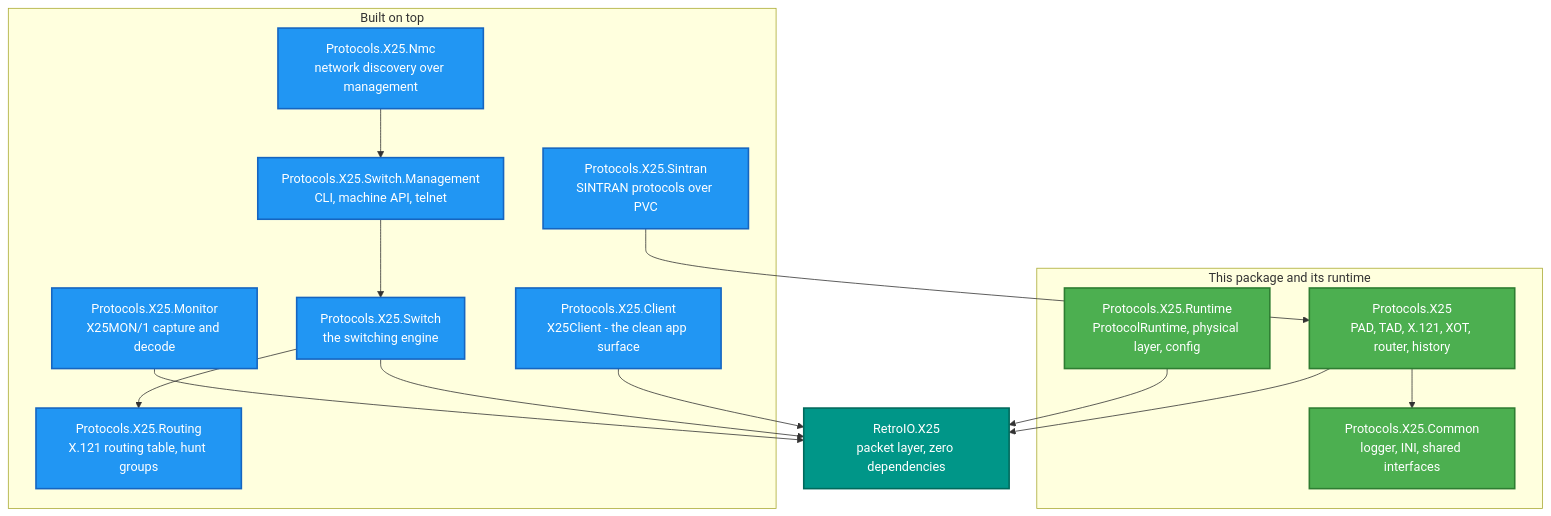
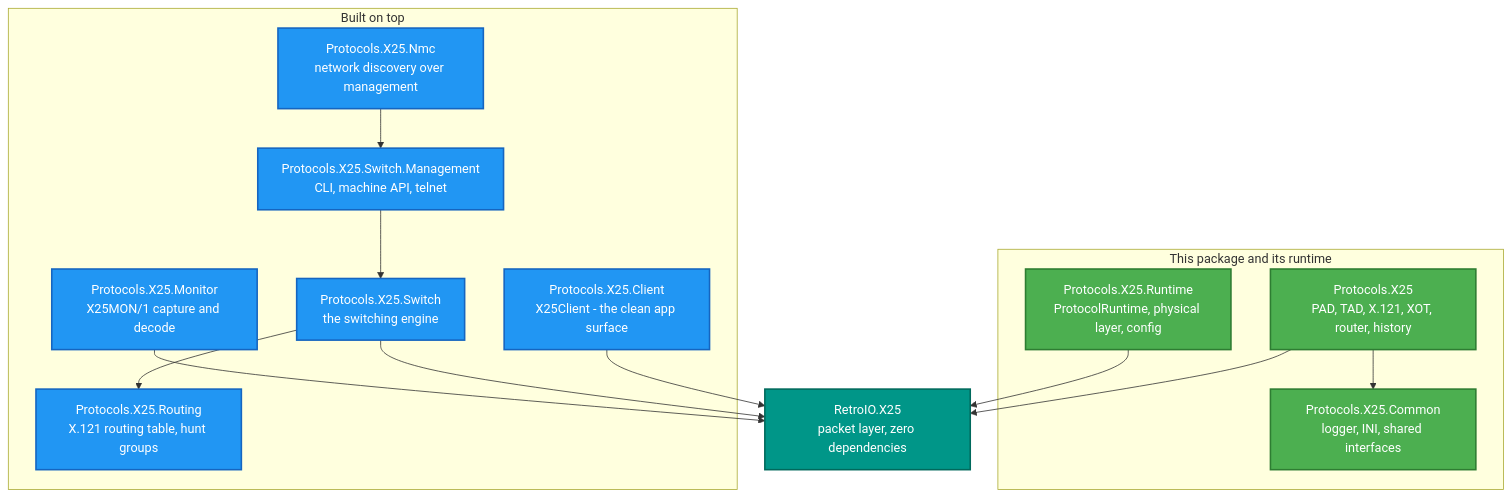
Before and after one commit to RetroCoreLabs/RetroIO: the first of 2 diagrams in src/RetroIO.Protocols.X25/README.md, drawn with Mermaid. The commit also changed other lines of this file and 92 other files, not shown here.

````diff
--- a/src/RetroIO.Protocols.X25/README.md
+++ b/src/RetroIO.Protocols.X25/README.md
@@ -48,39 +48,37 @@
 ```mermaid
 flowchart TB
     CLEAN["RetroIO.X25<br/>packet layer, zero dependencies"]
 
     subgraph RUNTIME["This package and its runtime"]
         THIS["Protocols.X25<br/>PAD, TAD, X.121, XOT, router, history"]
         RT["Protocols.X25.Runtime<br/>ProtocolRuntime, physical layer, config"]
         COMMON["Protocols.X25.Common<br/>logger, INI, shared interfaces"]
     end
 
     subgraph CONSUMERS["Built on top"]
         CLIENT["Protocols.X25.Client<br/>X25Client - the clean app surface"]
         SWITCH["Protocols.X25.Switch<br/>the switching engine"]
         SWMGMT["Protocols.X25.Switch.Management<br/>CLI, machine API, telnet"]
         ROUTING["Protocols.X25.Routing<br/>X.121 routing table, hunt groups"]
         MON["Protocols.X25.Monitor<br/>X25MON/1 capture and decode"]
         NMC["Protocols.X25.Nmc<br/>network discovery over management"]
-        SIN["Protocols.X25.Sintran<br/>SINTRAN protocols over PVC"]
     end
 
     THIS --> CLEAN
     RT --> CLEAN
     THIS --> COMMON
     CLIENT --> CLEAN
     SWITCH --> CLEAN
     SWITCH --> ROUTING
     SWMGMT --> SWITCH
     MON --> CLEAN
     NMC --> SWMGMT
-    SIN --> THIS
 
     classDef clean fill:#009688,stroke:#00695C,stroke-width:2px,color:#fff
     classDef run   fill:#4CAF50,stroke:#2E7D32,stroke-width:2px,color:#fff
     classDef cons  fill:#2196F3,stroke:#1565C0,stroke-width:2px,color:#fff
 
     class CLEAN clean
     class THIS,RT,COMMON run
-    class CLIENT,SWITCH,SWMGMT,ROUTING,MON,NMC,SIN cons
+    class CLIENT,SWITCH,SWMGMT,ROUTING,MON,NMC cons
 ```
````
